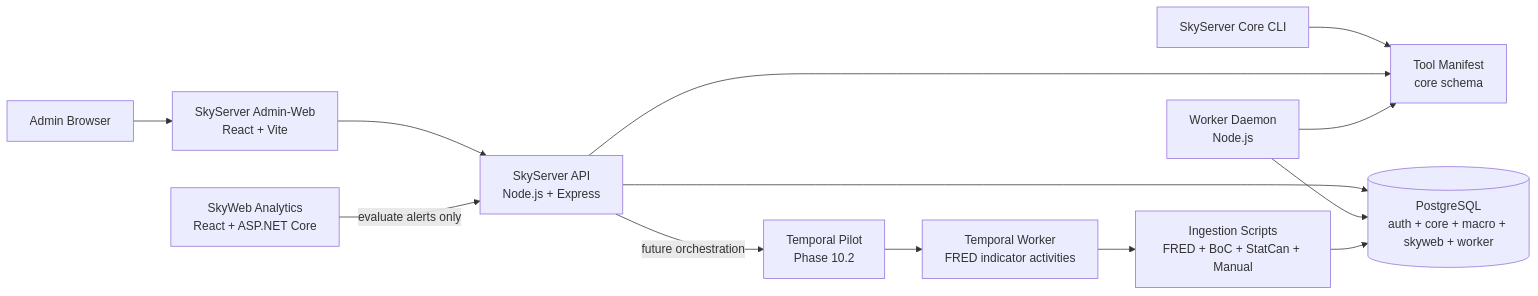
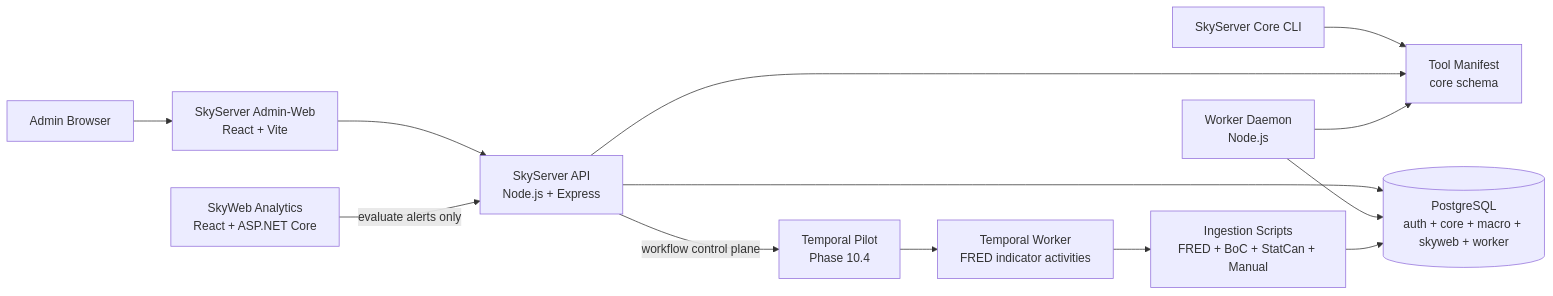
One commit to PStar1980/SkyCommand changed the diagram in README.md. Above: the diagram before and after it, drawn with Mermaid. The commit also changed other lines of this file and 10 other files, not shown here.

Commit message:
Admin-Web Temporal Workflow Console

````diff
--- a/README.md
+++ b/README.md
@@ -54,15 +54,15 @@
 ```mermaid
 flowchart LR
     Admin[Admin Browser] --> AdminWeb["SkyServer Admin-Web<br/>React + Vite"]
     AdminWeb --> Api["SkyServer API<br/>Node.js + Express"]
     Core[SkyServer Core CLI] --> Tools["Tool Manifest<br/>core schema"]
     Api --> Tools
     Api --> Db[("PostgreSQL<br/>auth + core + macro + skyweb + worker")]
     Worker["Worker Daemon<br/>Node.js"] --> Db
     Worker --> Tools
     Ingestion["Ingestion Scripts<br/>FRED + BoC + StatCan + Manual"] --> Db
     SkyWeb["SkyWeb Analytics<br/>React + ASP.NET Core"] -->|evaluate alerts only| Api
-    Api -->|future orchestration| Temporal["Temporal Pilot<br/>Phase 10.2"]
+    Api -->|workflow control plane| Temporal["Temporal Pilot<br/>Phase 10.4"]
     Temporal --> TemporalWorker["Temporal Worker<br/>FRED indicator activities"]
     TemporalWorker --> Ingestion
 ```
````
